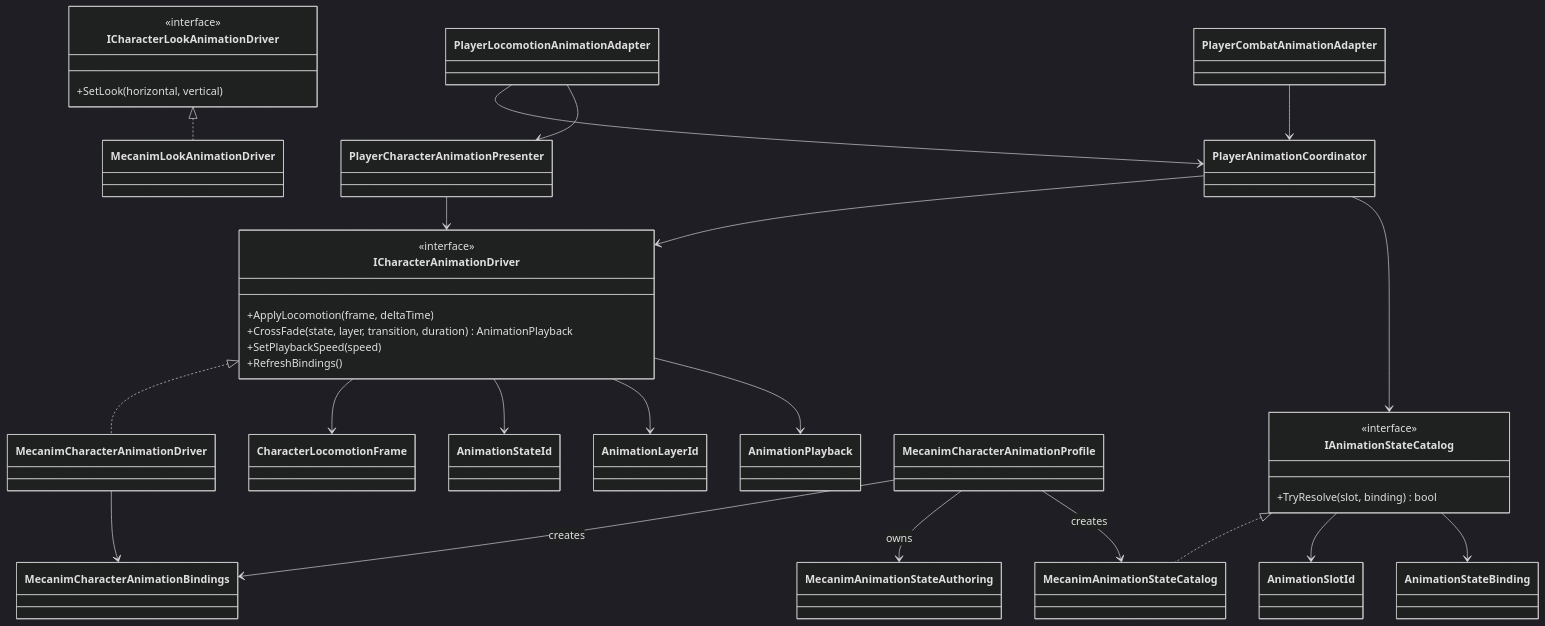
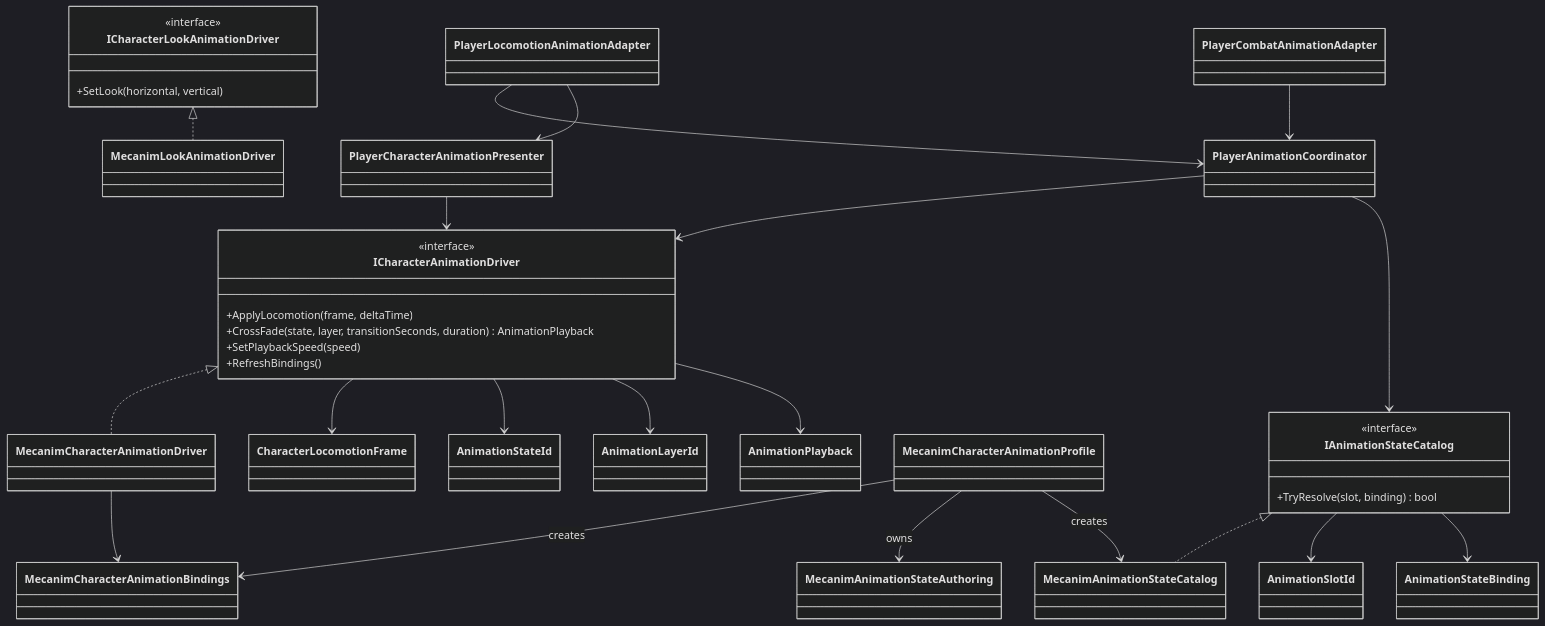
Before and after one commit to MaximFonariuc/project-s: the diagram in Assets/_App/Modules/Animation/README.md, drawn with Mermaid (dark theme). The commit also changed other lines of this file and 23 other files, not shown here.

````diff
--- a/Assets/_App/Modules/Animation/README.md
+++ b/Assets/_App/Modules/Animation/README.md
@@ -9,57 +9,57 @@
 ```mermaid
 classDiagram
     class ICharacterAnimationDriver {
         <<interface>>
         +ApplyLocomotion(frame, deltaTime)
-        +CrossFade(state, layer, transition, duration) AnimationPlayback
+        +CrossFade(state, layer, transitionSeconds, duration) AnimationPlayback
         +SetPlaybackSpeed(speed)
         +RefreshBindings()
     }
 
     class ICharacterLookAnimationDriver {
         <<interface>>
         +SetLook(horizontal, vertical)
     }
 
     class IAnimationStateCatalog {
         <<interface>>
         +TryResolve(slot, binding) bool
     }
 
     class CharacterLocomotionFrame
     class AnimationSlotId
     class AnimationStateId
     class AnimationLayerId
     class AnimationStateBinding
     class AnimationPlayback
     class MecanimCharacterAnimationBindings
     class MecanimCharacterAnimationProfile
     class MecanimAnimationStateCatalog
     class MecanimAnimationStateAuthoring
     class MecanimCharacterAnimationDriver
     class MecanimLookAnimationDriver
     class PlayerCharacterAnimationPresenter
     class PlayerAnimationCoordinator
     class PlayerLocomotionAnimationAdapter
     class PlayerCombatAnimationAdapter
 
     ICharacterAnimationDriver <|.. MecanimCharacterAnimationDriver
     ICharacterLookAnimationDriver <|.. MecanimLookAnimationDriver
     MecanimCharacterAnimationDriver --> MecanimCharacterAnimationBindings
     MecanimCharacterAnimationProfile --> MecanimCharacterAnimationBindings : creates
     MecanimCharacterAnimationProfile --> MecanimAnimationStateAuthoring : owns
     MecanimCharacterAnimationProfile --> MecanimAnimationStateCatalog : creates
     IAnimationStateCatalog <|.. MecanimAnimationStateCatalog
     IAnimationStateCatalog --> AnimationSlotId
     IAnimationStateCatalog --> AnimationStateBinding
     ICharacterAnimationDriver --> CharacterLocomotionFrame
     ICharacterAnimationDriver --> AnimationStateId
     ICharacterAnimationDriver --> AnimationLayerId
     ICharacterAnimationDriver --> AnimationPlayback
     PlayerCharacterAnimationPresenter --> ICharacterAnimationDriver
     PlayerLocomotionAnimationAdapter --> PlayerAnimationCoordinator
     PlayerLocomotionAnimationAdapter --> PlayerCharacterAnimationPresenter
     PlayerCombatAnimationAdapter --> PlayerAnimationCoordinator
     PlayerAnimationCoordinator --> ICharacterAnimationDriver
     PlayerAnimationCoordinator --> IAnimationStateCatalog
 ```
````
